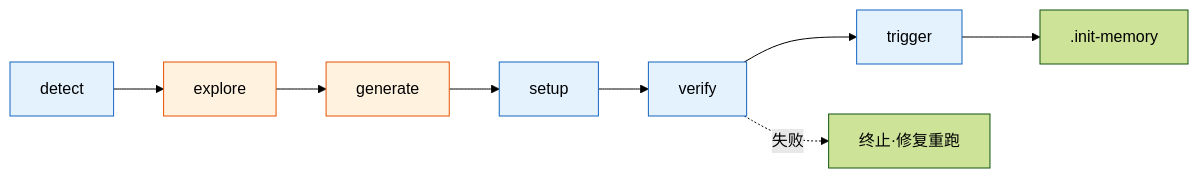
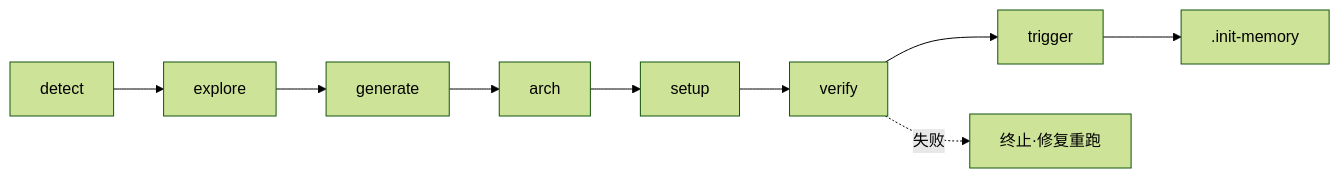
One commit to effiy/YrY changed the third of 17 diagrams in skills/rui/SKILL.md. Above: the diagram before and after it, drawn with Mermaid (forest theme). The commit also changed other lines of this file and 61 other files, not shown here.

````diff
--- a/skills/rui/SKILL.md
+++ b/skills/rui/SKILL.md
@@ -140,7 +155,5 @@
 ```mermaid
 flowchart LR
-    P1[detect]:::s --> P2[explore]:::llm --> P3[generate]:::llm --> P4[setup]:::s --> P5[verify]:::s --> P6[trigger]:::s --> P7[.init-memory]
-    P5 -.失败.-> Fix[终止·修复重跑]
-    classDef s fill:#e3f2fd,stroke:#1565c0;
-    classDef llm fill:#fff3e0,stroke:#e65100;
+    P1[detect]:::s --> P2[explore]:::llm --> P3[generate]:::llm --> P4[arch]:::llm --> P5[setup]:::s --> P6[verify]:::s --> P7[trigger]:::s --> P8[.init-memory]
+    P6 -.失败.-> Fix[终止·修复重跑]
 ```
````
